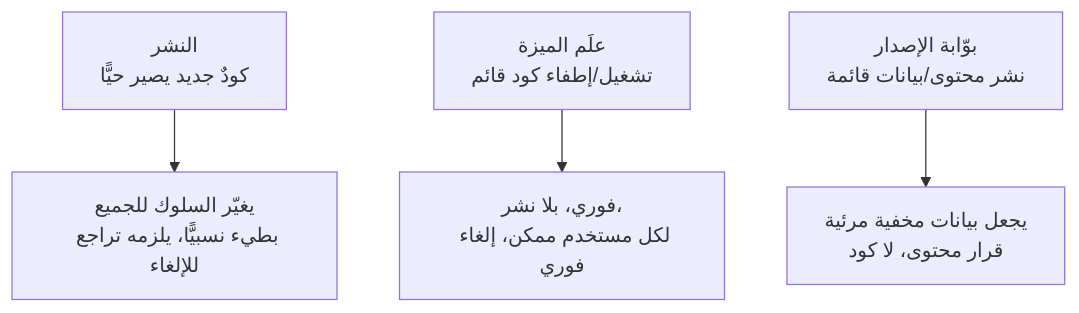
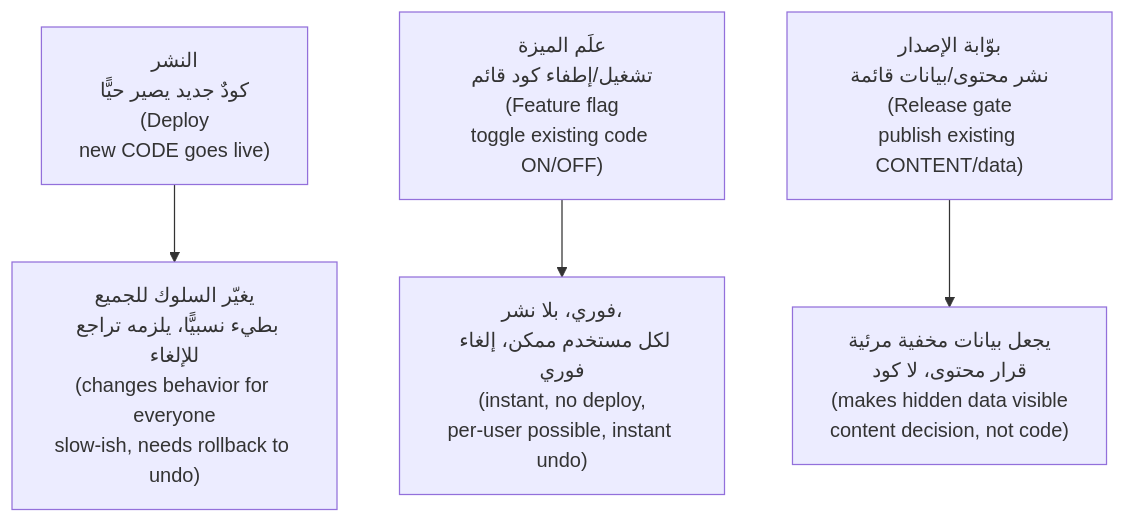
The fourth of 5 diagrams in modules/04-deploys/module.ar.md (Tamoura/system-design-for-vibe-coders), drawn with Mermaid before and after one commit. The commit also changed other lines of this file and 62 other files, not shown here.

First line of the commit message:
Arabic editions: English on every diagram label, RTL fixes, rebuild

````diff
--- a/modules/04-deploys/module.ar.md
+++ b/modules/04-deploys/module.ar.md
@@ -333,6 +333,6 @@
 ```mermaid
 flowchart TD
-    D["النشر<br/>كودٌ جديد يصير حيًّا"] --> DN["يغيّر السلوك للجميع<br/>بطيء نسبيًّا، يلزمه تراجع للإلغاء"]
-    F["علَم الميزة<br/>تشغيل/إطفاء كود قائم"] --> FN["فوري، بلا نشر،<br/>لكل مستخدم ممكن، إلغاء فوري"]
-    R["بوّابة الإصدار<br/>نشر محتوى/بيانات قائمة"] --> RN["يجعل بيانات مخفية مرئية<br/>قرار محتوى، لا كود"]
+    D["النشر<br/>كودٌ جديد يصير حيًّا<br/>(Deploy<br/>new CODE goes live)"] --> DN["يغيّر السلوك للجميع<br/>بطيء نسبيًّا، يلزمه تراجع للإلغاء<br/>(changes behavior for everyone<br/>slow-ish, needs rollback to undo)"]
+    F["علَم الميزة<br/>تشغيل/إطفاء كود قائم<br/>(Feature flag<br/>toggle existing code ON/OFF)"] --> FN["فوري، بلا نشر،<br/>لكل مستخدم ممكن، إلغاء فوري<br/>(instant, no deploy,<br/>per-user possible, instant undo)"]
+    R["بوّابة الإصدار<br/>نشر محتوى/بيانات قائمة<br/>(Release gate<br/>publish existing CONTENT/data)"] --> RN["يجعل بيانات مخفية مرئية<br/>قرار محتوى، لا كود<br/>(makes hidden data visible<br/>content decision, not code)"]
 ```
````
